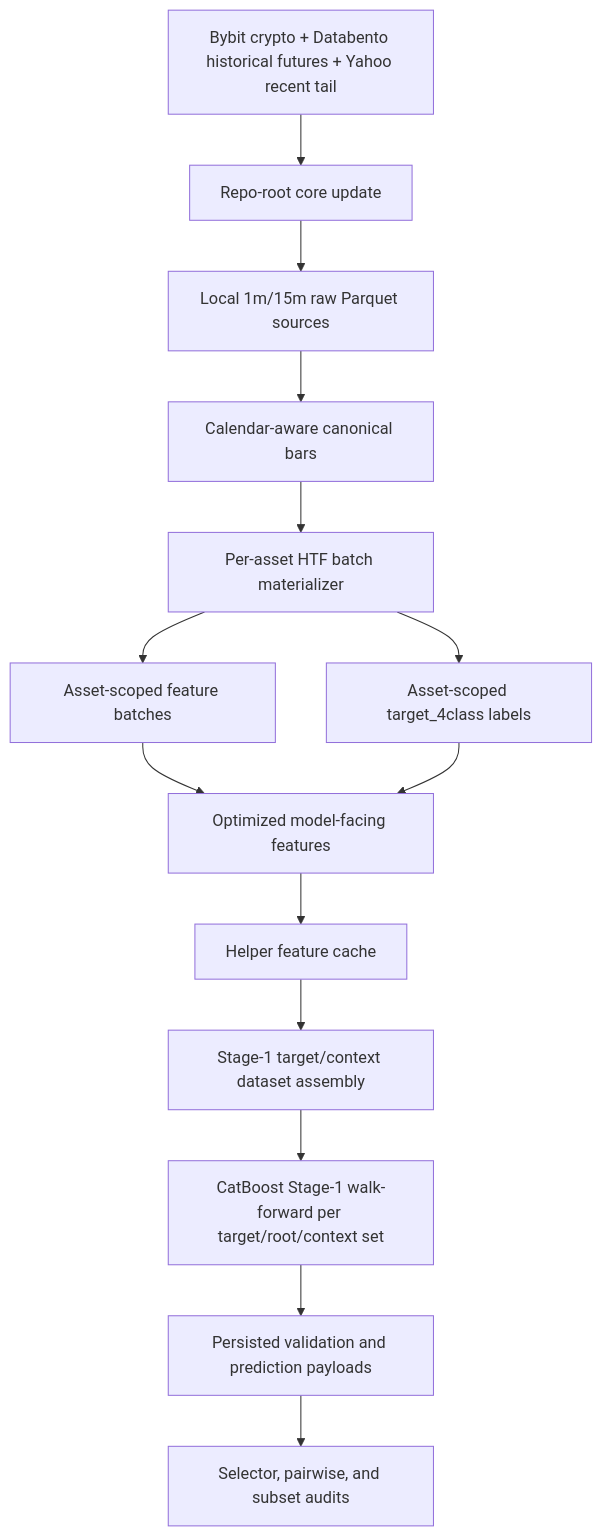
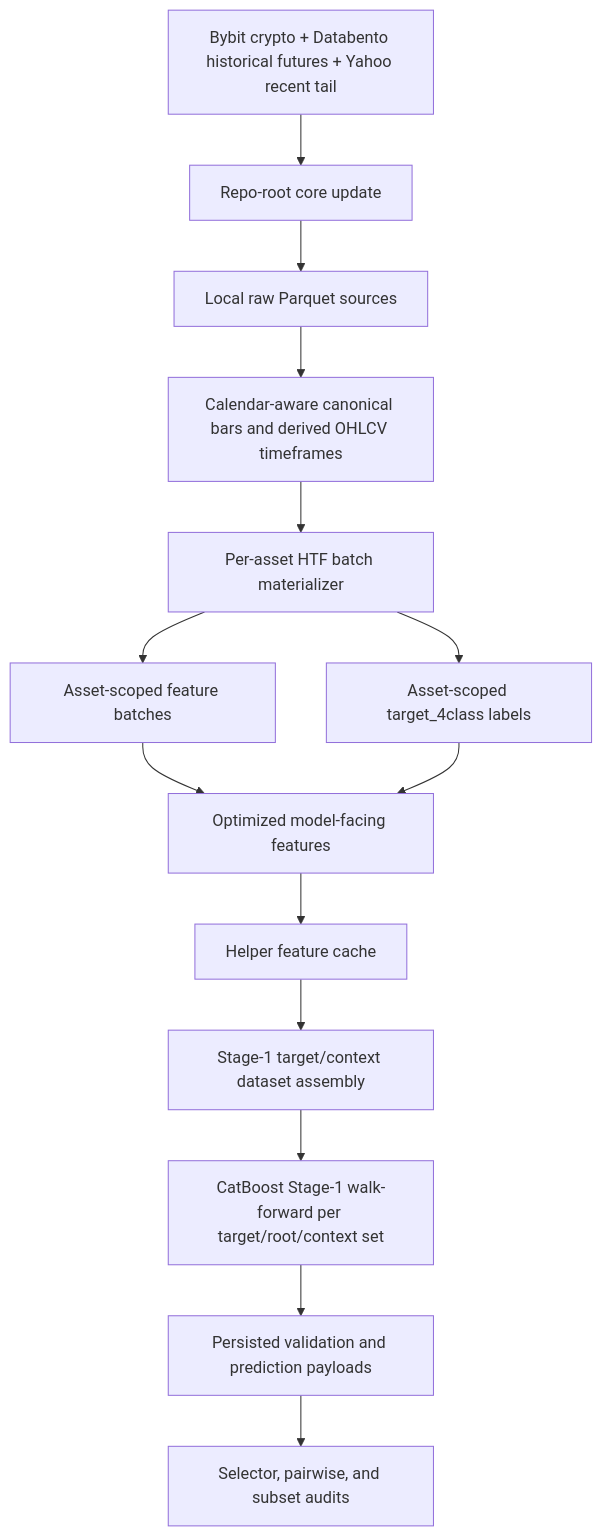
The diagram in docs/architecture/htf-workflow-architecture.md (Pr3ez/RiskYieldMM), drawn with Mermaid before and after one commit. The commit also changed other lines of this file and 32 other files, not shown here.

````diff
--- a/docs/architecture/htf-workflow-architecture.md
+++ b/docs/architecture/htf-workflow-architecture.md
@@ -11,16 +11,16 @@
 ```mermaid
 flowchart TD
     A[Bybit crypto + Databento historical futures + Yahoo recent tail] --> B[Repo-root core update]
-    B --> C[Local 1m/15m raw Parquet sources]
-    C --> D[Calendar-aware canonical bars]
+    B --> C[Local raw Parquet sources]
+    C --> D[Calendar-aware canonical bars and derived OHLCV timeframes]
     D --> E[Per-asset HTF batch materializer]
     E --> F[Asset-scoped feature batches]
     E --> G[Asset-scoped target_4class labels]
     F --> H[Optimized model-facing features]
     G --> H
     H --> I[Helper feature cache]
     I --> J[Stage-1 target/context dataset assembly]
     J --> K[CatBoost Stage-1 walk-forward per target/root/context set]
     K --> L[Persisted validation and prediction payloads]
     L --> M[Selector, pairwise, and subset audits]
 ```
````
